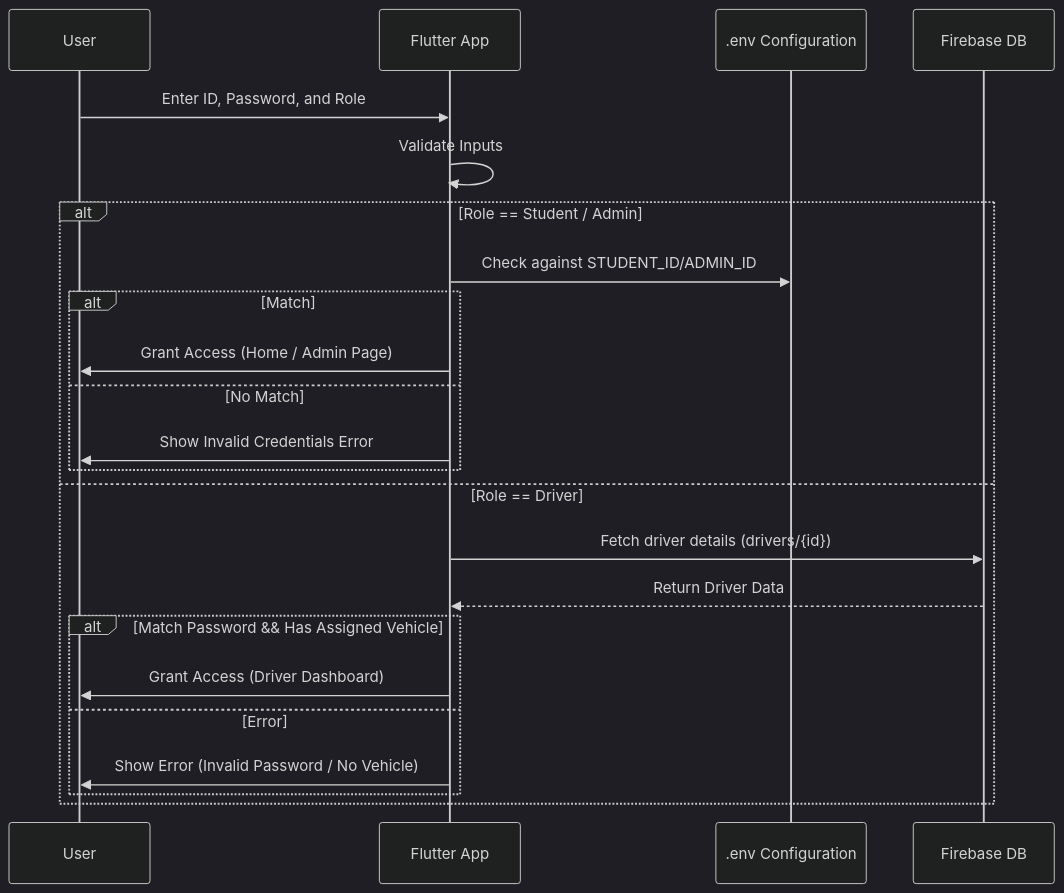
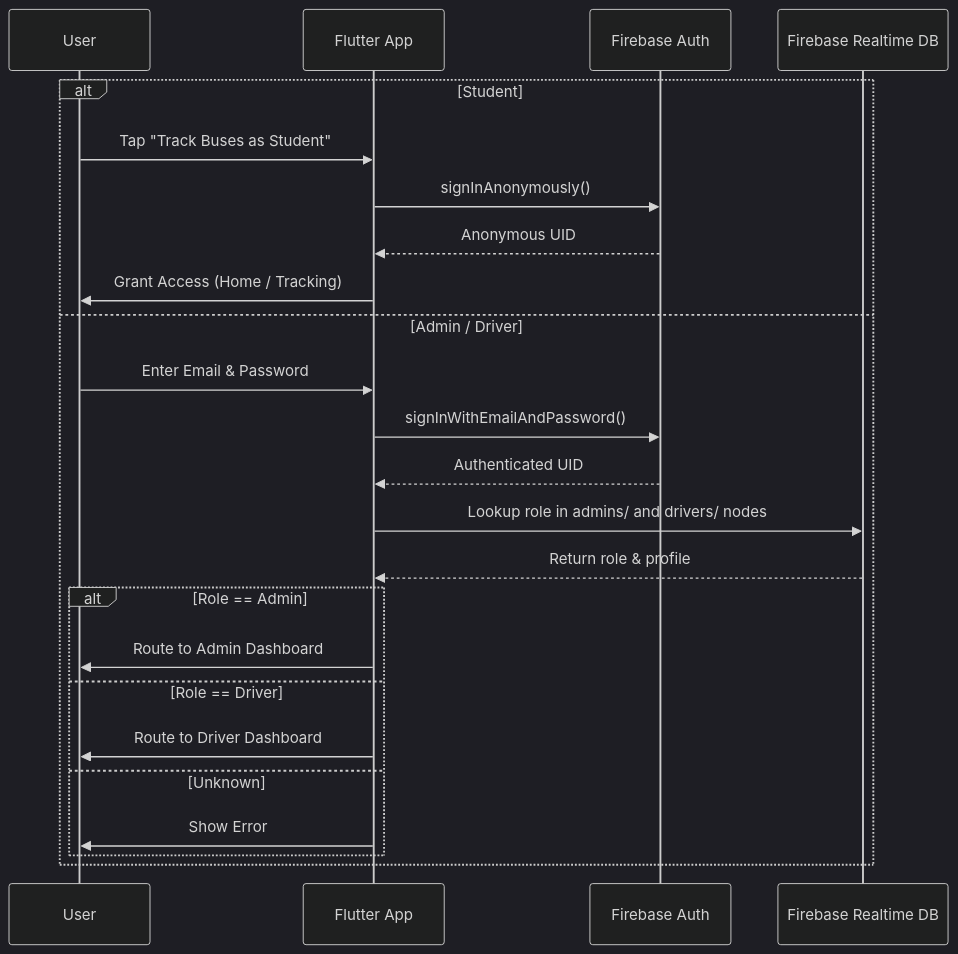
Before and after one commit to anupam9919/Real-Time-Vehicle-Tracking-System: the second of 3 diagrams in README.md, drawn with Mermaid (dark theme). The commit also changed other lines of this file, not shown here.

Commit message:
docs: Update README authentication flow to use Firebase Authentication and add FlutterFire configuration instructions.

````diff
--- a/README.md
+++ b/README.md
@@ -82,27 +82,27 @@
 ```mermaid
 sequenceDiagram
     participant User
     participant App as Flutter App
-    participant Env as .env Configuration
-    participant Firebase as Firebase DB
+    participant Auth as Firebase Auth
+    participant DB as Firebase Realtime DB
 
-    User->>App: Enter ID, Password, and Role
-    App->>App: Validate Inputs
-    
-    alt Role == Student / Admin
-        App->>Env: Check against STUDENT_ID/ADMIN_ID
-        alt Match
-            App->>User: Grant Access (Home / Admin Page)
-        else No Match
-            App->>User: Show Invalid Credentials Error
-        end
-    else Role == Driver
-        App->>Firebase: Fetch driver details (drivers/{id})
-        Firebase-->>App: Return Driver Data
-        alt Match Password && Has Assigned Vehicle
-            App->>User: Grant Access (Driver Dashboard)
-        else Error
-            App->>User: Show Error (Invalid Password / No Vehicle)
+    alt Student
+        User->>App: Tap "Track Buses as Student"
+        App->>Auth: signInAnonymously()
+        Auth-->>App: Anonymous UID
+        App->>User: Grant Access (Home / Tracking)
+    else Admin / Driver
+        User->>App: Enter Email & Password
+        App->>Auth: signInWithEmailAndPassword()
+        Auth-->>App: Authenticated UID
+        App->>DB: Lookup role in admins/ and drivers/ nodes
+        DB-->>App: Return role & profile
+        alt Role == Admin
+            App->>User: Route to Admin Dashboard
+        else Role == Driver
+            App->>User: Route to Driver Dashboard
+        else Unknown
+            App->>User: Show Error
         end
     end
 ```
````
